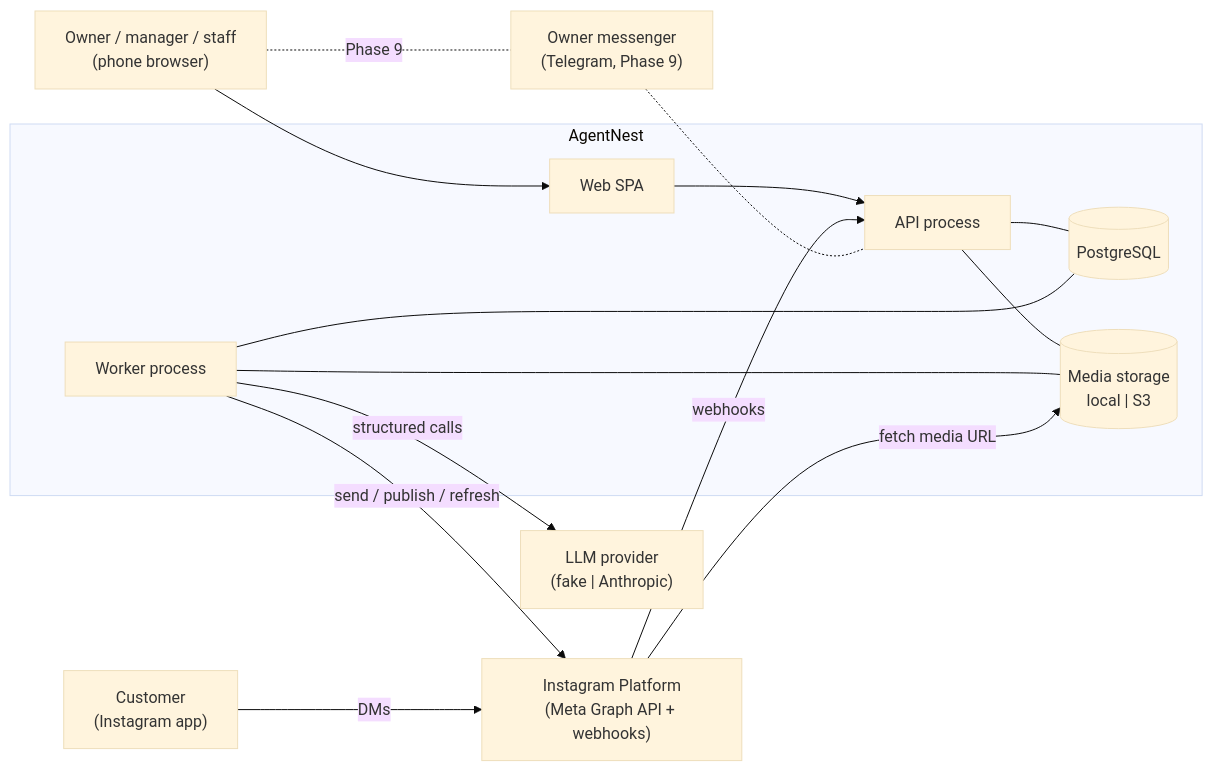
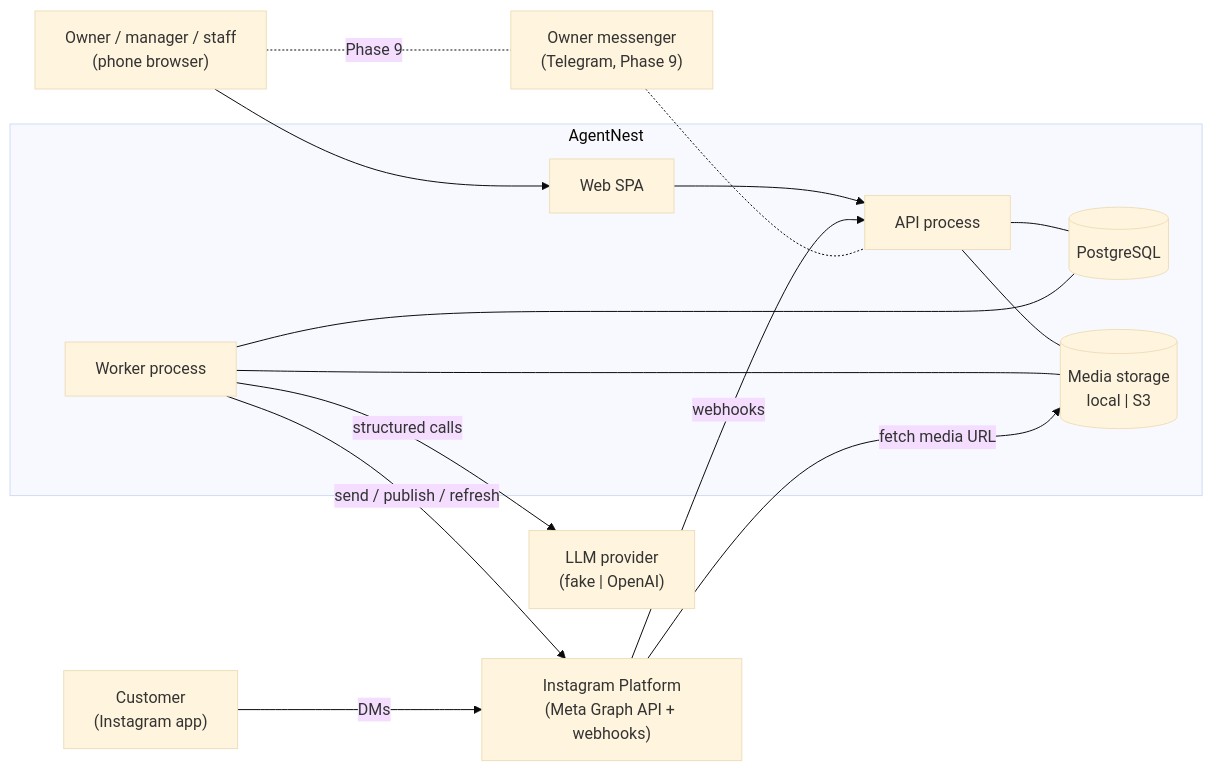
One commit to Ernosto0/AgentNest changed the first of 2 diagrams in docs/architecture/system-overview.md. Above: the diagram before and after it, drawn with Mermaid (base theme). The commit also changed other lines of this file and 189 other files, not shown here.

````diff
--- a/docs/architecture/system-overview.md
+++ b/docs/architecture/system-overview.md
@@ -7,27 +7,27 @@
 ```mermaid
 flowchart LR
   owner["Owner / manager / staff<br/>(phone browser)"]
   customer["Customer<br/>(Instagram app)"]
   subgraph AgentNest
     web["Web SPA"]
     api["API process"]
     worker["Worker process"]
     db[("PostgreSQL")]
     media[("Media storage<br/>local | S3")]
   end
   ig["Instagram Platform<br/>(Meta Graph API + webhooks)"]
-  llm["LLM provider<br/>(fake | Anthropic)"]
+  llm["LLM provider<br/>(fake | OpenAI)"]
   tg["Owner messenger<br/>(Telegram, Phase 9)"]
 
   owner --> web --> api
   customer -- DMs --> ig
   ig -- webhooks --> api
   worker -- send / publish / refresh --> ig
   worker -- structured calls --> llm
   api --- db
   worker --- db
   api --- media
   worker --- media
   ig -- fetch media URL --> media
   owner -. Phase 9 .- tg -.- api
 ```
````
